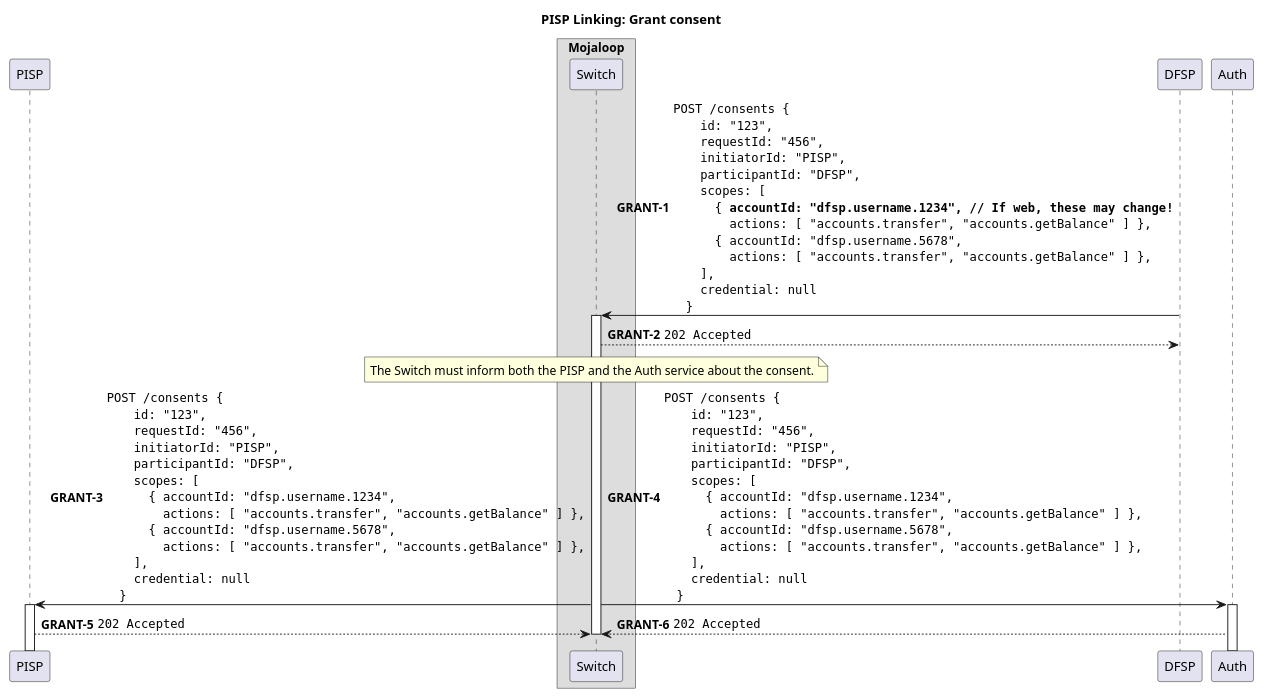
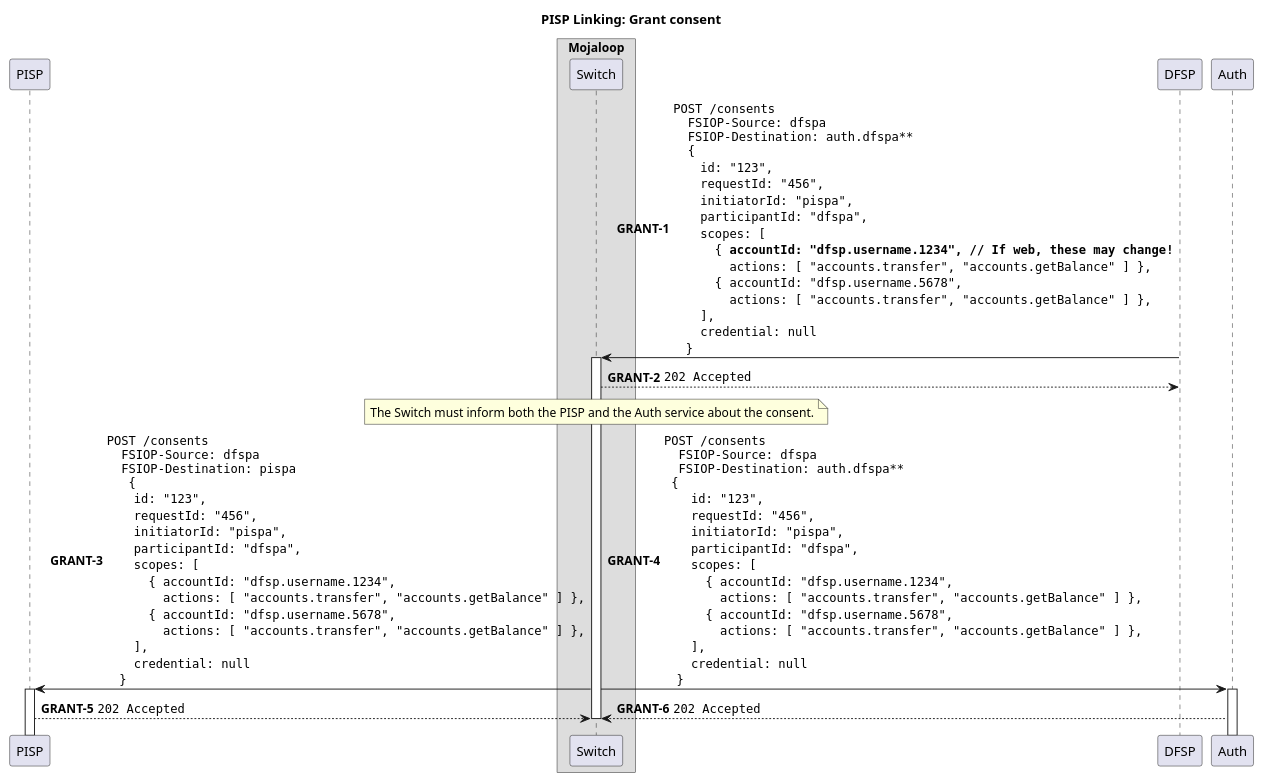
Before and after one commit to mojaloop/pisp-project: the diagram in docs/linking/4-grant-consent.puml, drawn with PlantUML. The commit also changed 9 other files, not shown here.

Commit message:
feat: update sequence diagrams to show correct headers

```diff
--- a/docs/linking/4-grant-consent.puml
+++ b/docs/linking/4-grant-consent.puml
@@ -1,69 +1,78 @@
 @startuml
 
 !pragma teoz true
 
 title PISP Linking: Grant consent
 
 participant "PISP" as PISP
 
 box "Mojaloop"
     participant Switch
 end box
 
 participant "DFSP" as DFSP
 
 autonumber 1 "<b>GRANT-#</b>"
 
-DFSP -> Switch ++: ""POST /consents {""\n\
+DFSP -> Switch ++: ""POST /consents""\n\
+""  FSIOP-Source: dfspa""\n\
+""  FSIOP-Destination: auth.dfspa**""\n\
+""  {""\n\
     ""  id: "123",""\n\
     ""  requestId: "456",""\n\
-    ""  initiatorId: "PISP",""\n\
-    ""  participantId: "DFSP",""\n\
+    ""  initiatorId: "pispa",""\n\
+    ""  participantId: "dfspa",""\n\
     ""  scopes: [ ""\n\
     ""    { **accountId: "dfsp.username.1234", // If web, these may change!**""\n\
     ""      actions: [ "accounts.transfer", "accounts.getBalance" ] },""\n\
     ""    { accountId: "dfsp.username.5678",""\n\
     ""      actions: [ "accounts.transfer", "accounts.getBalance" ] },""\n\
     ""  ],""\n\
     ""  credential: null""\n\
     ""}""
 Switch --> DFSP: ""202 Accepted""
 deactivate DFSP
 
 note over Switch
   The Switch must inform both the PISP and the Auth service about the consent.
 end note
 
-Switch -> PISP ++: ""POST /consents {""\n\
+Switch -> PISP ++: ""POST /consents""\n\
+""  FSIOP-Source: dfspa""\n\
+""  FSIOP-Destination: pispa""\n\
+""   {""\n\
     ""  id: "123",""\n\
     ""  requestId: "456",""\n\
-    ""  initiatorId: "PISP",""\n\
-    ""  participantId: "DFSP",""\n\
+    ""  initiatorId: "pispa",""\n\
+    ""  participantId: "dfspa",""\n\
     ""  scopes: [ ""\n\
     ""    { accountId: "dfsp.username.1234",""\n\
     ""      actions: [ "accounts.transfer", "accounts.getBalance" ] },""\n\
     ""    { accountId: "dfsp.username.5678",""\n\
     ""      actions: [ "accounts.transfer", "accounts.getBalance" ] },""\n\
     ""  ],""\n\
     ""  credential: null""\n\
     ""}""
-& Switch -> Auth ++: ""POST /consents {""\n\
+& Switch -> Auth ++: ""POST /consents""\n\
+""  FSIOP-Source: dfspa""\n\
+""  FSIOP-Destination: auth.dfspa**""\n\
+"" {""\n\
     ""  id: "123",""\n\
     ""  requestId: "456",""\n\
-    ""  initiatorId: "PISP",""\n\
-    ""  participantId: "DFSP",""\n\
+    ""  initiatorId: "pispa",""\n\
+    ""  participantId: "dfspa",""\n\
     ""  scopes: [ ""\n\
     ""    { accountId: "dfsp.username.1234",""\n\
     ""      actions: [ "accounts.transfer", "accounts.getBalance" ] },""\n\
     ""    { accountId: "dfsp.username.5678",""\n\
     ""      actions: [ "accounts.transfer", "accounts.getBalance" ] },""\n\
     ""  ],""\n\
     ""  credential: null""\n\
     ""}""
 
 PISP --> Switch: ""202 Accepted""
 & Auth --> Switch: ""202 Accepted""
 
 deactivate Switch
 
 @enduml
```
